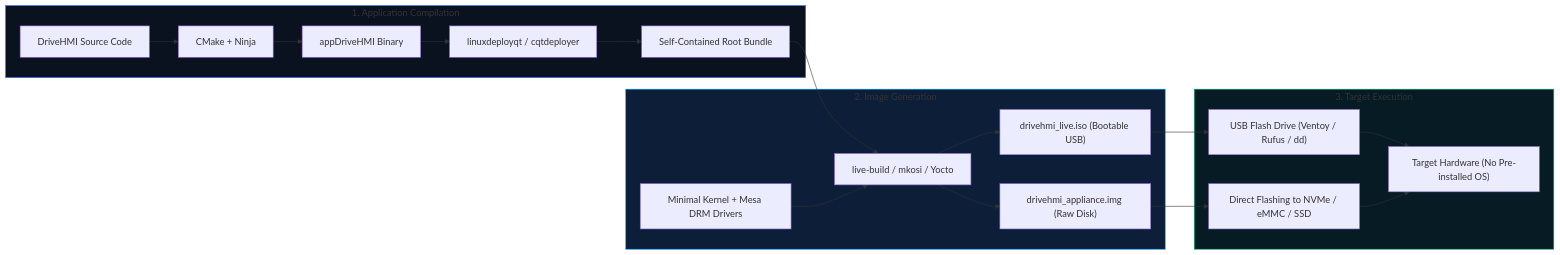
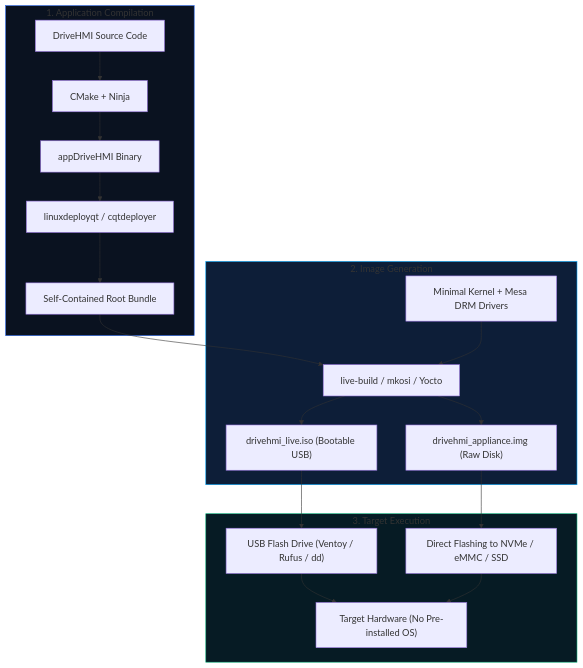
Before and after one commit to raman7072/drive_hmi: the third of 3 diagrams in BARE_METAL_DEPLOYMENT.md, drawn with Mermaid.

````diff
--- a/BARE_METAL_DEPLOYMENT.md
+++ b/BARE_METAL_DEPLOYMENT.md
@@ -60,27 +60,27 @@
 ```mermaid
-flowchart LR
+flowchart TD
     subgraph BuildStage ["1. Application Compilation"]
         SRC["DriveHMI Source Code"] --> CMAKE["CMake + Ninja"]
         CMAKE --> BIN["appDriveHMI Binary"]
         BIN --> DEPLOY["linuxdeployqt / cqtdeployer"]
         DEPLOY --> BUNDLE["Self-Contained Root Bundle"]
     end
 
     subgraph PackagingStage ["2. Image Generation"]
         BUNDLE --> BUILDER["live-build / mkosi / Yocto"]
         KERNEL["Minimal Kernel + Mesa DRM Drivers"] --> BUILDER
         BUILDER --> TARGET_ISO["drivehmi_live.iso (Bootable USB)"]
         BUILDER --> TARGET_IMG["drivehmi_appliance.img (Raw Disk)"]
     end
 
     subgraph HardwareStage ["3. Target Execution"]
         TARGET_ISO --> USB["USB Flash Drive (Ventoy / Rufus / dd)"]
         TARGET_IMG --> FLASH["Direct Flashing to NVMe / eMMC / SSD"]
         USB --> BARE_METAL["Target Hardware (No Pre-installed OS)"]
         FLASH --> BARE_METAL
     end
 
     style BuildStage fill:#0a1220,stroke:#2563eb,stroke-width:1px;
     style PackagingStage fill:#0d1e38,stroke:#00a8ff,stroke-width:1px;
     style HardwareStage fill:#061b24,stroke:#10b981,stroke-width:1px;
 ```
````
